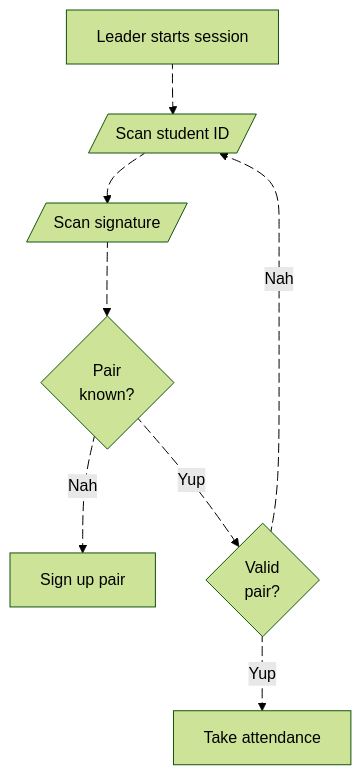
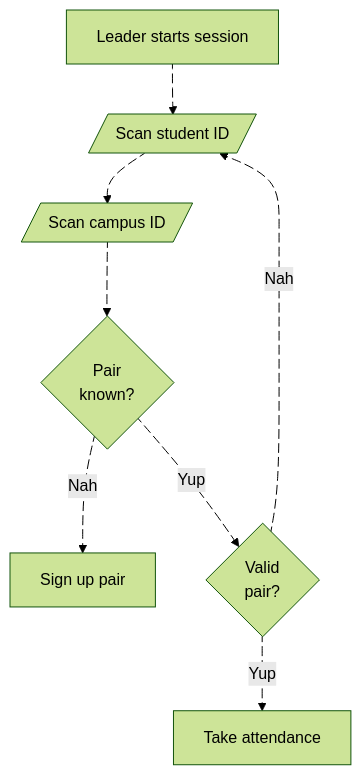
One commit to anav5704/anav.dev changed the diagram in src/content/projects/passport.mdx. Above: the diagram before and after it, drawn with Mermaid (forest theme). The commit also changed 1 other file, not shown here.

Commit message:
chore: rename deploy workflow to vercel and fix passport flowchart label

````diff
--- a/src/content/projects/passport.mdx
+++ b/src/content/projects/passport.mdx
@@ -57,26 +57,26 @@
 ```mermaid
 flowchart TD
     A[Leader starts session]
     B[/Scan student ID/]
-    C[/Scan signature/]
+    C[/Scan campus ID/]
     D{Pair<br/>known?}
     E[Sign up pair]
     V{Valid<br/>pair?}
     F[Take attendance]
 
     A e1@--> B
     B e2@--> C
     C e3@--> D
     D e4@-->|Nah| E
     D e5@-->|Yup| V
     V e6@-->|Yup| F
     V e7@-->|Nah| B
 
     e1@{ animation: slow }
     e2@{ animation: slow }
     e3@{ animation: slow }
     e4@{ animation: slow }
     e5@{ animation: slow }
     e6@{ animation: slow }
     e7@{ animation: slow }
 ```
````
